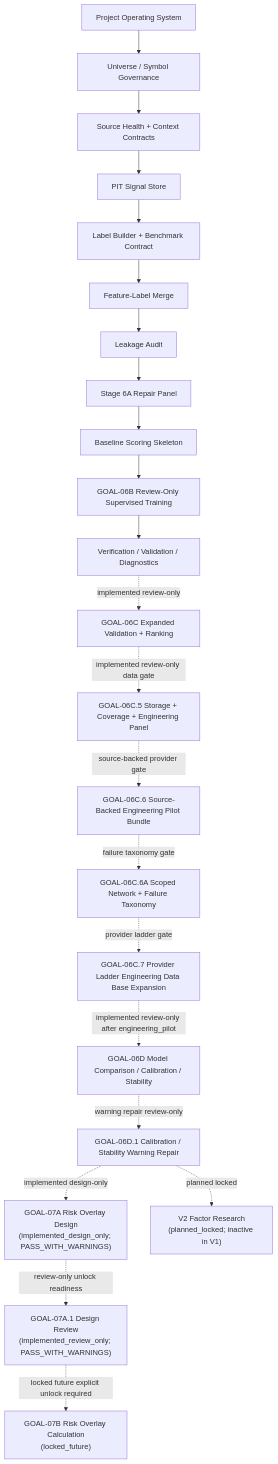
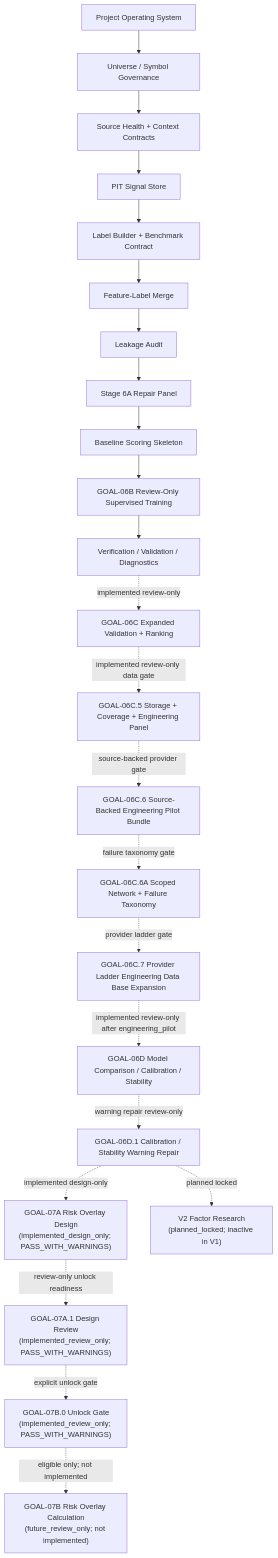
Before and after one commit to RyanLu0203/A_share_premarket_core: the diagram in docs/10_PROGRAM_ROADMAP_AND_ARCHITECTURE.md, drawn with Mermaid. The commit also changed other lines of this file and 61 other files, not shown here.

Commit message:
Add GOAL-07B.0 review-only unlock gate

````diff
--- a/docs/10_PROGRAM_ROADMAP_AND_ARCHITECTURE.md
+++ b/docs/10_PROGRAM_ROADMAP_AND_ARCHITECTURE.md
@@ -11,24 +11,25 @@
 ```mermaid
 flowchart TD
     A["Project Operating System"] --> B["Universe / Symbol Governance"]
     B --> C["Source Health + Context Contracts"]
     C --> D["PIT Signal Store"]
     D --> E["Label Builder + Benchmark Contract"]
     E --> F["Feature-Label Merge"]
     F --> G["Leakage Audit"]
     G --> H["Stage 6A Repair Panel"]
     H --> I["Baseline Scoring Skeleton"]
     I --> J["GOAL-06B Review-Only Supervised Training"]
     J --> K["Verification / Validation / Diagnostics"]
     K -. "implemented review-only" .-> L["GOAL-06C Expanded Validation + Ranking"]
     L -. "implemented review-only data gate" .-> N["GOAL-06C.5 Storage + Coverage + Engineering Panel"]
     N -. "source-backed provider gate" .-> O["GOAL-06C.6 Source-Backed Engineering Pilot Bundle"]
     O -. "failure taxonomy gate" .-> P["GOAL-06C.6A Scoped Network + Failure Taxonomy"]
     P -. "provider ladder gate" .-> Q["GOAL-06C.7 Provider Ladder Engineering Data Base Expansion"]
     Q -. "implemented review-only after engineering_pilot" .-> M["GOAL-06D Model Comparison / Calibration / Stability"]
     M -. "warning repair review-only" .-> M2["GOAL-06D.1 Calibration / Stability Warning Repair"]
     M2 -. "implemented design-only" .-> R["GOAL-07A Risk Overlay Design<br/>(implemented_design_only; PASS_WITH_WARNINGS)"]
     R -. "review-only unlock readiness" .-> R2["GOAL-07A.1 Design Review<br/>(implemented_review_only; PASS_WITH_WARNINGS)"]
-    R2 -. "locked future explicit unlock required" .-> R3["GOAL-07B Risk Overlay Calculation<br/>(locked_future)"]
+    R2 -. "explicit unlock gate" .-> R3["GOAL-07B.0 Unlock Gate<br/>(implemented_review_only; PASS_WITH_WARNINGS)"]
+    R3 -. "eligible only; not implemented" .-> R4["GOAL-07B Risk Overlay Calculation<br/>(future_review_only; not implemented)"]
     M2 -. "planned locked" .-> V2["V2 Factor Research<br/>(planned_locked; inactive in V1)"]
 ```
````
